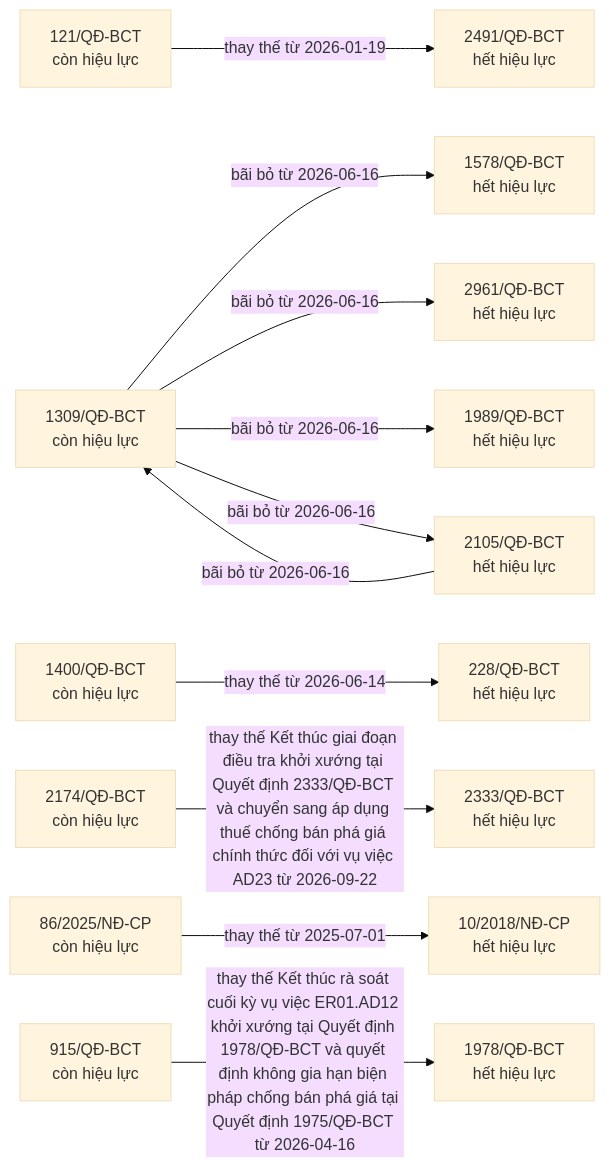
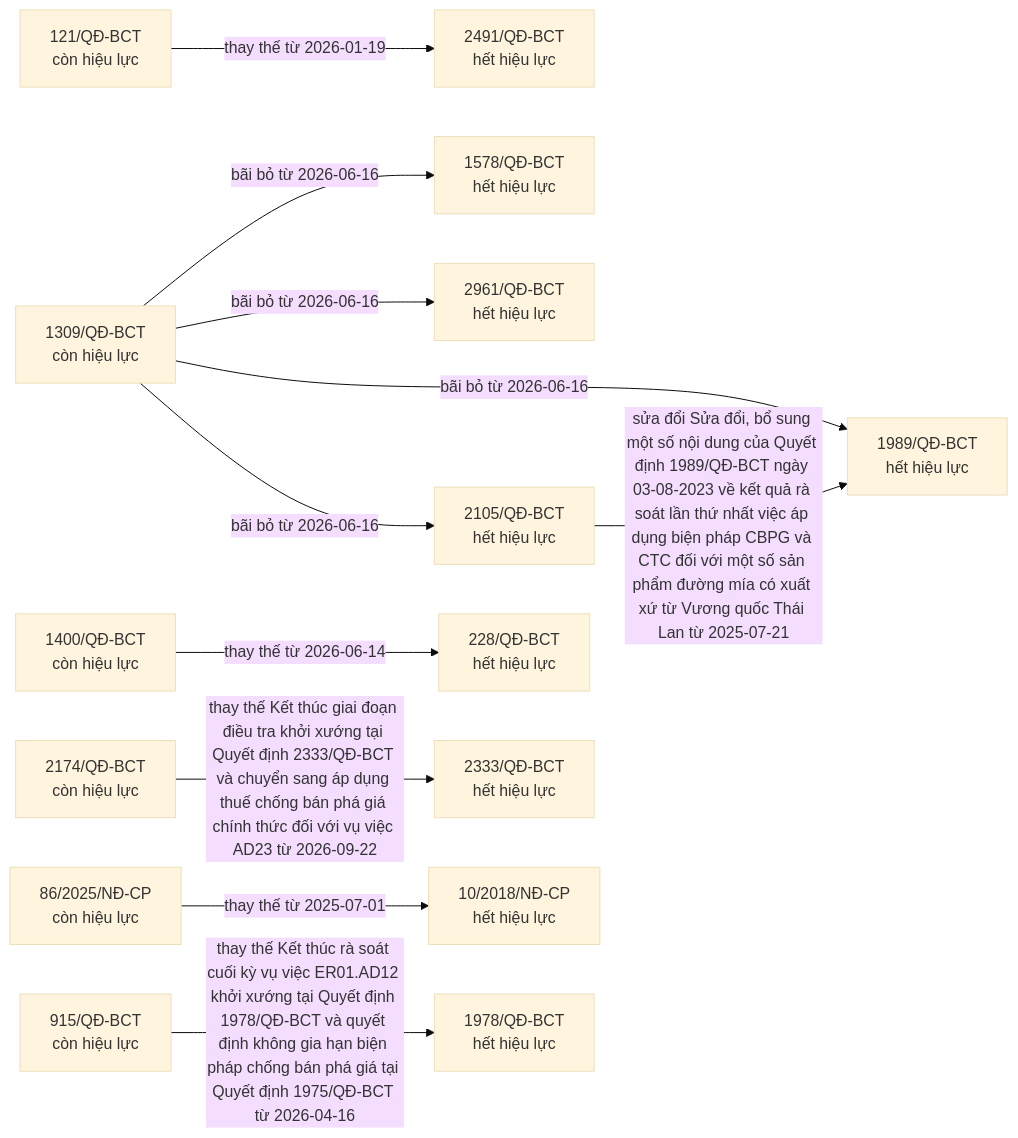
Before and after one commit to ozvietnam/oz-wiki-plhq: the fifth of 9 diagrams in bao-cao/quan-he.md, drawn with Mermaid (base theme). The commit also changed 5 other files, not shown here.

````diff
--- a/bao-cao/quan-he.md
+++ b/bao-cao/quan-he.md
@@ -474,28 +474,28 @@
 ```mermaid
 flowchart LR
   n_121_Q__BCT["121/QĐ-BCT<br/>còn hiệu lực"]
   n_2491_Q__BCT["2491/QĐ-BCT<br/>hết hiệu lực"]
   n_1309_Q__BCT["1309/QĐ-BCT<br/>còn hiệu lực"]
   n_1578_Q__BCT["1578/QĐ-BCT<br/>hết hiệu lực"]
   n_2961_Q__BCT["2961/QĐ-BCT<br/>hết hiệu lực"]
   n_1989_Q__BCT["1989/QĐ-BCT<br/>hết hiệu lực"]
   n_2105_Q__BCT["2105/QĐ-BCT<br/>hết hiệu lực"]
   n_1400_Q__BCT["1400/QĐ-BCT<br/>còn hiệu lực"]
   n_228_Q__BCT["228/QĐ-BCT<br/>hết hiệu lực"]
   n_2174_Q__BCT["2174/QĐ-BCT<br/>còn hiệu lực"]
   n_2333_Q__BCT["2333/QĐ-BCT<br/>hết hiệu lực"]
   n_86_2025_N__CP["86/2025/NĐ-CP<br/>còn hiệu lực"]
   n_10_2018_N__CP["10/2018/NĐ-CP<br/>hết hiệu lực"]
   n_915_Q__BCT["915/QĐ-BCT<br/>còn hiệu lực"]
   n_1978_Q__BCT["1978/QĐ-BCT<br/>hết hiệu lực"]
   n_121_Q__BCT -->|thay thế từ 2026-01-19| n_2491_Q__BCT
   n_1309_Q__BCT -->|bãi bỏ từ 2026-06-16| n_1578_Q__BCT
   n_1309_Q__BCT -->|bãi bỏ từ 2026-06-16| n_2961_Q__BCT
   n_1309_Q__BCT -->|bãi bỏ từ 2026-06-16| n_1989_Q__BCT
   n_1309_Q__BCT -->|bãi bỏ từ 2026-06-16| n_2105_Q__BCT
   n_1400_Q__BCT -->|thay thế từ 2026-06-14| n_228_Q__BCT
-  n_2105_Q__BCT -->|bãi bỏ từ 2026-06-16| n_1309_Q__BCT
+  n_2105_Q__BCT -->|sửa đổi Sửa đổi, bổ sung một số nội dung của Quyết định 1989/QĐ-BCT ngày 03-08-2023 về kết quả rà soát lần thứ nhất việc áp dụng biện pháp CBPG và CTC đối với một số sản phẩm đường mía có xuất xứ từ Vương quốc Thái Lan từ 2025-07-21| n_1989_Q__BCT
   n_2174_Q__BCT -->|thay thế Kết thúc giai đoạn điều tra khởi xướng tại Quyết định 2333/QĐ-BCT và chuyển sang áp dụng thuế chống bán phá giá chính thức đối với vụ việc AD23 từ 2026-09-22| n_2333_Q__BCT
   n_86_2025_N__CP -->|thay thế từ 2025-07-01| n_10_2018_N__CP
   n_915_Q__BCT -->|thay thế Kết thúc rà soát cuối kỳ vụ việc ER01.AD12 khởi xướng tại Quyết định 1978/QĐ-BCT và quyết định không gia hạn biện pháp chống bán phá giá tại Quyết định 1975/QĐ-BCT từ 2026-04-16| n_1978_Q__BCT
 ```
````
